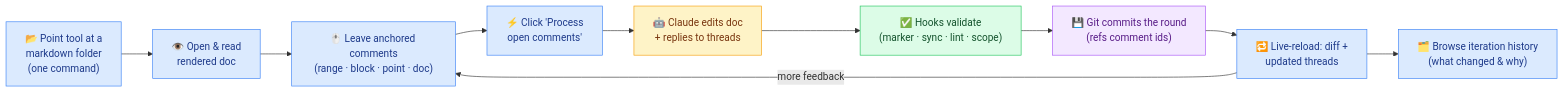
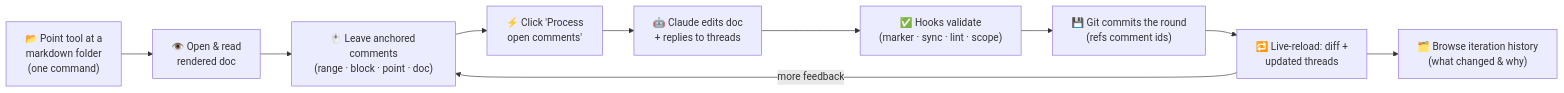
One commit to omars-lab/omars-lab.github.io changed diagram 13 of 15 in bytesofpurpose-blog/designs/2026-06-22-markdown-review-studio.mdx. Above: the diagram before and after it, drawn with Mermaid. The commit also changed other lines of this file and 6 other files, not shown here.

First line of the commit message:
feat(designs): on-brand mermaid theme + dark-mode-adaptive diagrams

````diff
--- a/bytesofpurpose-blog/designs/2026-06-22-markdown-review-studio.mdx
+++ b/bytesofpurpose-blog/designs/2026-06-22-markdown-review-studio.mdx
@@ -981,21 +911,13 @@
 ```mermaid
 graph LR
     A["📂 Point tool at a<br/>markdown folder<br/>(one command)"] --> B["👁️ Open & read<br/>rendered doc"]
     B --> C["🖱️ Leave anchored comments<br/>(range · block · point · doc)"]
     C --> D["⚡ Click 'Process<br/>open comments'"]
     D --> E["🤖 Claude edits doc<br/>+ replies to threads"]
     E --> F["✅ Hooks validate<br/>(marker · sync · lint · scope)"]
     F --> G["💾 Git commits the round<br/>(refs comment ids)"]
     G --> H["🔁 Live-reload: diff +<br/>updated threads"]
     H -->|"more feedback"| C
     H --> I["🗂️ Browse iteration history<br/>(what changed & why)"]
 
-    classDef start fill:#dbeafe,stroke:#3b82f6,color:#1e3a8a
-    classDef agent fill:#fef3c7,stroke:#f59e0b,color:#78350f
-    classDef store fill:#f3e8ff,stroke:#a855f7,color:#581c87
-    classDef gate fill:#dcfce7,stroke:#22c55e,color:#14532d
-    class A,B,C,D,H,I start
-    class E agent
-    class F gate
-    class G store
 ```
````
